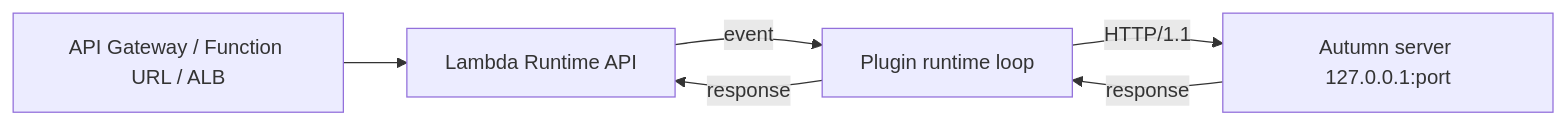
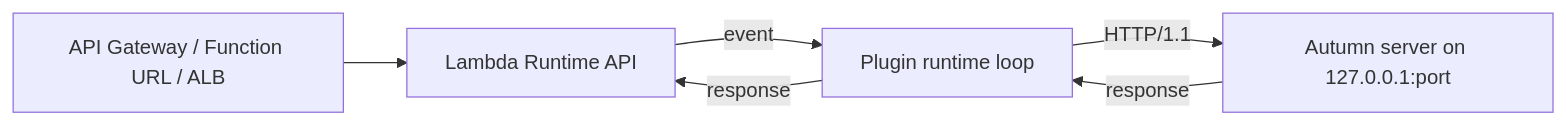
Before and after one commit to autumn-foundation/autumn-plugin-aws-lambda: the diagram in README.md, drawn with Mermaid. The commit also changed other lines of this file and 23 other files, not shown here.

````diff
--- a/README.md
+++ b/README.md
@@ -31,8 +32,8 @@
 ```mermaid
 flowchart LR
     AWS[API Gateway / Function URL / ALB] --> RT[Lambda Runtime API]
     RT -- event --> Loop[Plugin runtime loop]
-    Loop -- HTTP/1.1 --> App[Autumn server 127.0.0.1:port]
+    Loop -- HTTP/1.1 --> App[Autumn server on 127.0.0.1:port]
     App -- response --> Loop
     Loop -- response --> RT
 ```
````
